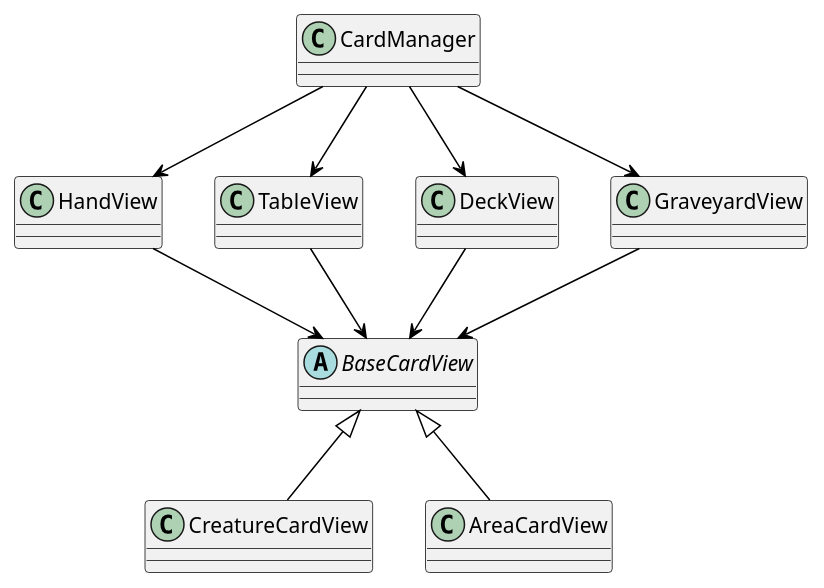
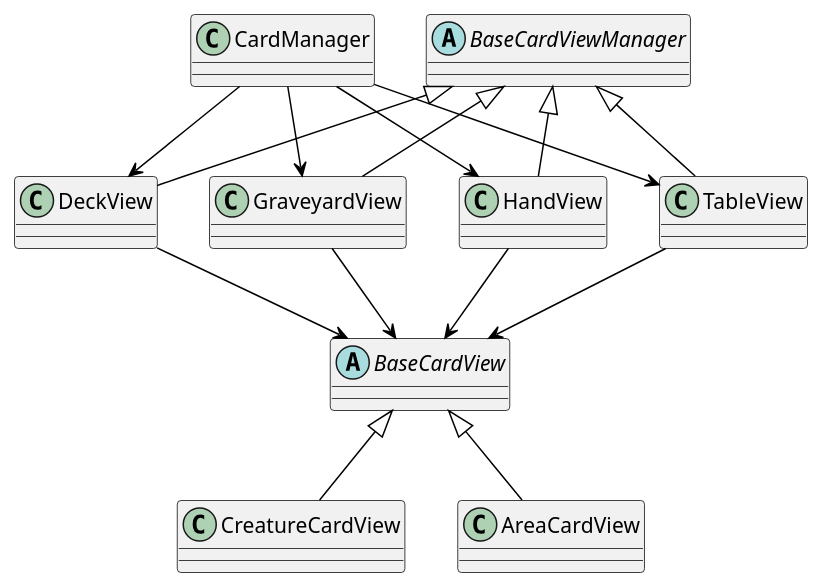
Before and after one commit to gamesFTW/phaser-card-game-client: the diagram in uml/card-view-manager.puml, drawn with PlantUML. The commit also changed 6 other files, not shown here.

```diff
--- a/uml/card-view-manager.puml
+++ b/uml/card-view-manager.puml
@@ -1,50 +1,55 @@
 @startuml
 
 skinparam class {
 	ArrowColor black
 	BorderColor black
 }
 
 skinparam stereotypeCBackgroundColor YellowGreen
 skinparam shadowing false
 
 
 class CardManager
 CardManager --> HandView
 CardManager --> TableView
 CardManager --> DeckView
 CardManager --> GraveyardView
 
 
 abstract BaseCardView
 
+abstract BaseCardViewManager
 
 class CreatureCardView
 BaseCardView <|-- CreatureCardView
 
 
 class AreaCardView
 BaseCardView <|-- AreaCardView
 
 
 class HandView
 HandView --> BaseCardView
+BaseCardViewManager <|-- HandView
 
 
 class TableView
 TableView --> BaseCardView
+BaseCardViewManager <|-- TableView
 
 
 class DeckView
 DeckView --> BaseCardView
+BaseCardViewManager <|-- DeckView
 
 
 class GraveyardView
 GraveyardView --> BaseCardView
+BaseCardViewManager <|-- GraveyardView
 
 
 'class Deck
 'class Graveyard
 
 
 @enduml
```
